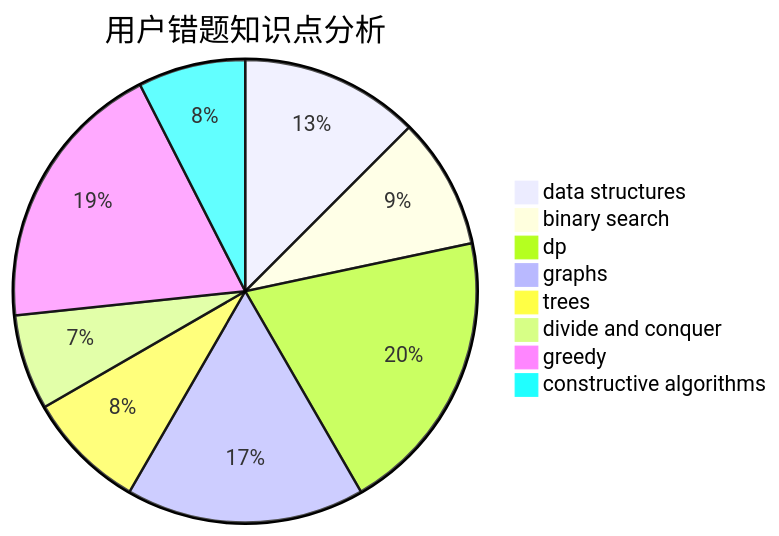
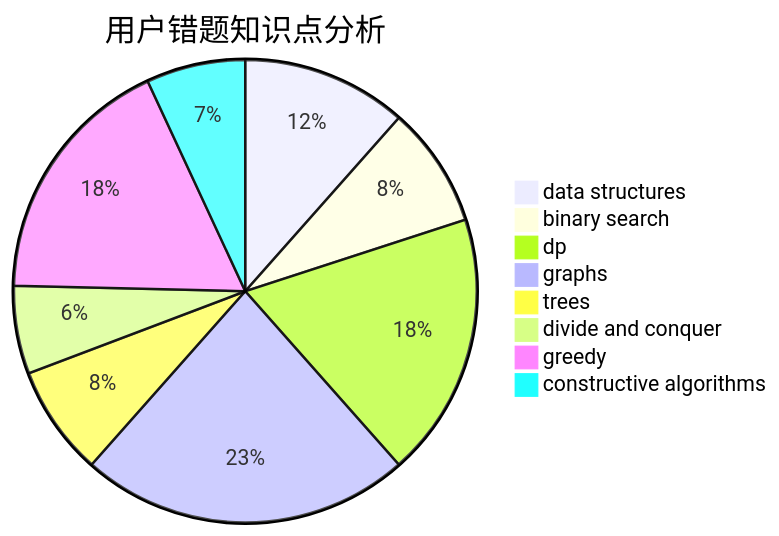
The third of 3 diagrams in docs/user/u495.md (sherpahu/cfrs.github.io), drawn with Mermaid before and after one commit. The commit also changed other lines of this file and 2770 other files, not shown here.

````diff
--- a/docs/user/u495.md
+++ b/docs/user/u495.md
@@ -36,11 +36,11 @@
 ```mermaid
 pie title 用户错题知识点分析
     "data structures" :  15
     "binary search" :  11
     "dp" :  24
-    "graphs" :  20
+    "graphs" :  30
     "trees" :  10
     "divide and conquer" :  8
     "greedy" :  23
     "constructive algorithms" :  9
 ```
````
